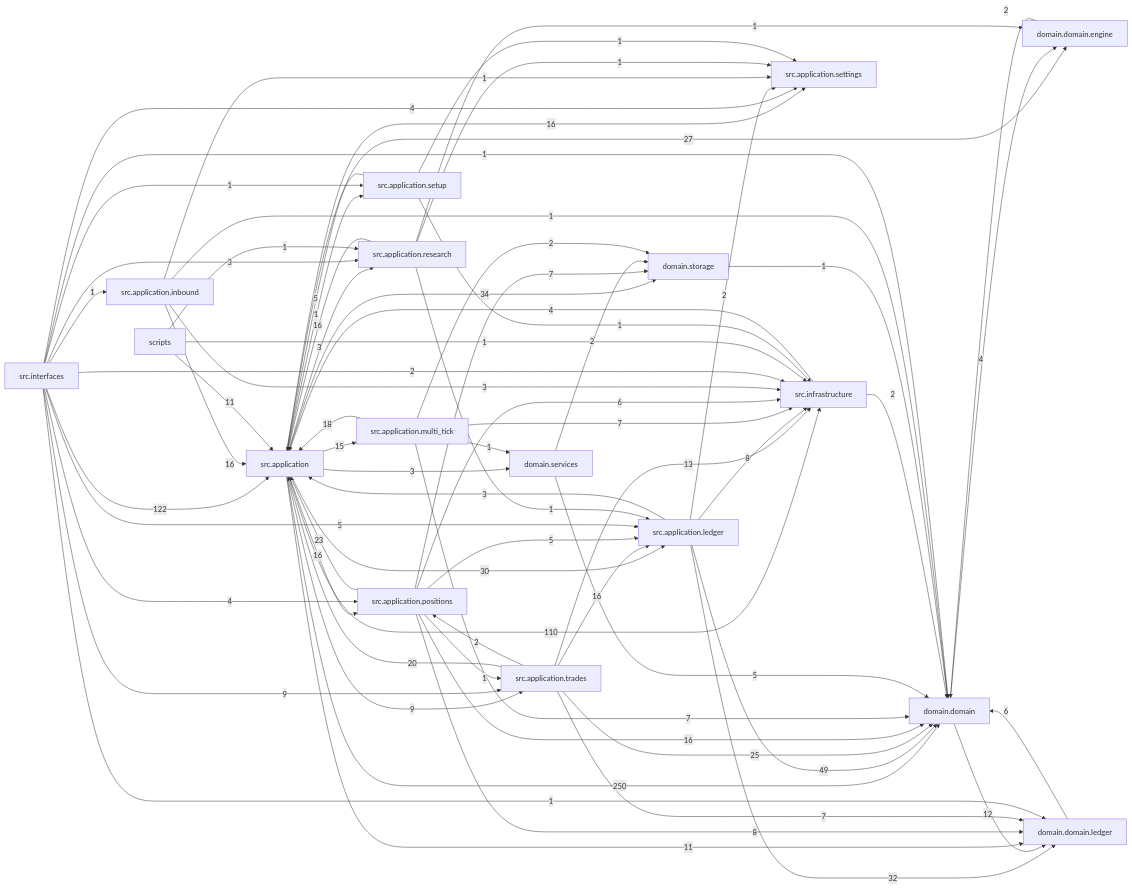
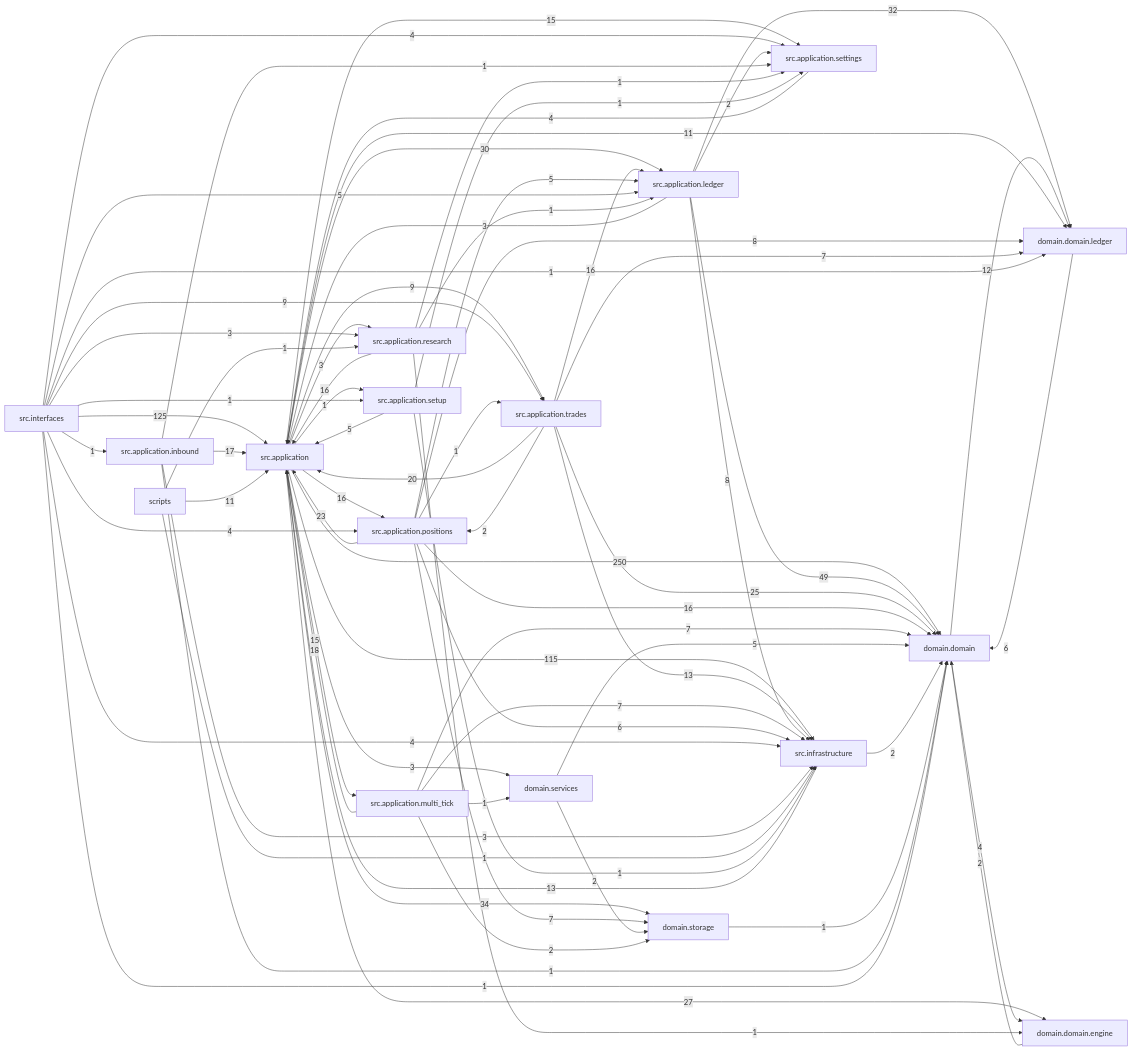
Before and after one commit to liuxie066/options-monitor: the diagram in docs/dependency_graph.mmd, drawn with Mermaid. The commit also changed 58 other files, not shown here.

```diff
--- a/docs/dependency_graph.mmd
+++ b/docs/dependency_graph.mmd
@@ -1,71 +1,72 @@
 flowchart LR
   src_application["src.application"] -->|250| domain_domain["domain.domain"]
-  src_interfaces["src.interfaces"] -->|122| src_application["src.application"]
-  src_application["src.application"] -->|110| src_infrastructure["src.infrastructure"]
+  src_interfaces["src.interfaces"] -->|125| src_application["src.application"]
+  src_application["src.application"] -->|115| src_infrastructure["src.infrastructure"]
   src_application_ledger["src.application.ledger"] -->|49| domain_domain["domain.domain"]
   src_application["src.application"] -->|34| domain_storage["domain.storage"]
   src_application_ledger["src.application.ledger"] -->|32| domain_domain_ledger["domain.domain.ledger"]
   src_application["src.application"] -->|30| src_application_ledger["src.application.ledger"]
   src_application["src.application"] -->|27| domain_domain_engine["domain.domain.engine"]
   src_application_trades["src.application.trades"] -->|25| domain_domain["domain.domain"]
   src_application_positions["src.application.positions"] -->|23| src_application["src.application"]
   src_application_trades["src.application.trades"] -->|20| src_application["src.application"]
   src_application_multi_tick["src.application.multi_tick"] -->|18| src_application["src.application"]
+  src_application_inbound["src.application.inbound"] -->|17| src_application["src.application"]
   src_application["src.application"] -->|16| src_application_positions["src.application.positions"]
-  src_application["src.application"] -->|16| src_application_settings["src.application.settings"]
-  src_application_inbound["src.application.inbound"] -->|16| src_application["src.application"]
   src_application_positions["src.application.positions"] -->|16| domain_domain["domain.domain"]
   src_application_research["src.application.research"] -->|16| src_application["src.application"]
   src_application_trades["src.application.trades"] -->|16| src_application_ledger["src.application.ledger"]
   src_application["src.application"] -->|15| src_application_multi_tick["src.application.multi_tick"]
+  src_application["src.application"] -->|15| src_application_settings["src.application.settings"]
   src_application_trades["src.application.trades"] -->|13| src_infrastructure["src.infrastructure"]
+  src_infrastructure["src.infrastructure"] -->|13| src_application["src.application"]
   domain_domain["domain.domain"] -->|12| domain_domain_ledger["domain.domain.ledger"]
   scripts["scripts"] -->|11| src_application["src.application"]
   src_application["src.application"] -->|11| domain_domain_ledger["domain.domain.ledger"]
   src_application["src.application"] -->|9| src_application_trades["src.application.trades"]
   src_interfaces["src.interfaces"] -->|9| src_application_trades["src.application.trades"]
   src_application_ledger["src.application.ledger"] -->|8| src_infrastructure["src.infrastructure"]
   src_application_positions["src.application.positions"] -->|8| domain_domain_ledger["domain.domain.ledger"]
   src_application_multi_tick["src.application.multi_tick"] -->|7| domain_domain["domain.domain"]
   src_application_multi_tick["src.application.multi_tick"] -->|7| src_infrastructure["src.infrastructure"]
   src_application_positions["src.application.positions"] -->|7| domain_storage["domain.storage"]
   src_application_trades["src.application.trades"] -->|7| domain_domain_ledger["domain.domain.ledger"]
   domain_domain_ledger["domain.domain.ledger"] -->|6| domain_domain["domain.domain"]
   src_application_positions["src.application.positions"] -->|6| src_infrastructure["src.infrastructure"]
   domain_services["domain.services"] -->|5| domain_domain["domain.domain"]
   src_application_positions["src.application.positions"] -->|5| src_application_ledger["src.application.ledger"]
   src_application_setup["src.application.setup"] -->|5| src_application["src.application"]
   src_interfaces["src.interfaces"] -->|5| src_application_ledger["src.application.ledger"]
   domain_domain["domain.domain"] -->|4| domain_domain_engine["domain.domain.engine"]
-  src_infrastructure["src.infrastructure"] -->|4| src_application["src.application"]
+  src_application_settings["src.application.settings"] -->|4| src_application["src.application"]
   src_interfaces["src.interfaces"] -->|4| src_application_positions["src.application.positions"]
   src_interfaces["src.interfaces"] -->|4| src_application_settings["src.application.settings"]
+  src_interfaces["src.interfaces"] -->|4| src_infrastructure["src.infrastructure"]
   src_application["src.application"] -->|3| domain_services["domain.services"]
   src_application["src.application"] -->|3| src_application_research["src.application.research"]
   src_application_inbound["src.application.inbound"] -->|3| src_infrastructure["src.infrastructure"]
   src_application_ledger["src.application.ledger"] -->|3| src_application["src.application"]
   src_interfaces["src.interfaces"] -->|3| src_application_research["src.application.research"]
   domain_domain_engine["domain.domain.engine"] -->|2| domain_domain["domain.domain"]
   domain_services["domain.services"] -->|2| domain_storage["domain.storage"]
   src_application_ledger["src.application.ledger"] -->|2| src_application_settings["src.application.settings"]
   src_application_multi_tick["src.application.multi_tick"] -->|2| domain_storage["domain.storage"]
   src_application_trades["src.application.trades"] -->|2| src_application_positions["src.application.positions"]
   src_infrastructure["src.infrastructure"] -->|2| domain_domain["domain.domain"]
-  src_interfaces["src.interfaces"] -->|2| src_infrastructure["src.infrastructure"]
   domain_storage["domain.storage"] -->|1| domain_domain["domain.domain"]
   scripts["scripts"] -->|1| src_application_research["src.application.research"]
   scripts["scripts"] -->|1| src_infrastructure["src.infrastructure"]
   src_application["src.application"] -->|1| src_application_setup["src.application.setup"]
   src_application_inbound["src.application.inbound"] -->|1| domain_domain["domain.domain"]
   src_application_inbound["src.application.inbound"] -->|1| src_application_settings["src.application.settings"]
   src_application_multi_tick["src.application.multi_tick"] -->|1| domain_services["domain.services"]
   src_application_positions["src.application.positions"] -->|1| src_application_trades["src.application.trades"]
   src_application_research["src.application.research"] -->|1| domain_domain_engine["domain.domain.engine"]
   src_application_research["src.application.research"] -->|1| src_application_ledger["src.application.ledger"]
   src_application_research["src.application.research"] -->|1| src_application_settings["src.application.settings"]
   src_application_setup["src.application.setup"] -->|1| src_application_settings["src.application.settings"]
   src_application_setup["src.application.setup"] -->|1| src_infrastructure["src.infrastructure"]
   src_interfaces["src.interfaces"] -->|1| domain_domain["domain.domain"]
   src_interfaces["src.interfaces"] -->|1| domain_domain_ledger["domain.domain.ledger"]
   src_interfaces["src.interfaces"] -->|1| src_application_inbound["src.application.inbound"]
   src_interfaces["src.interfaces"] -->|1| src_application_setup["src.application.setup"]
```
